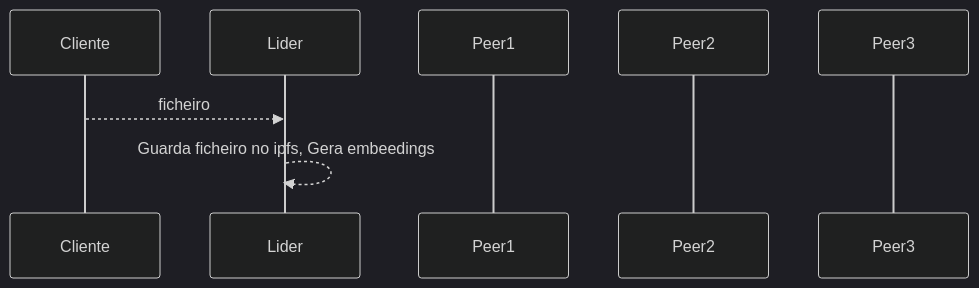
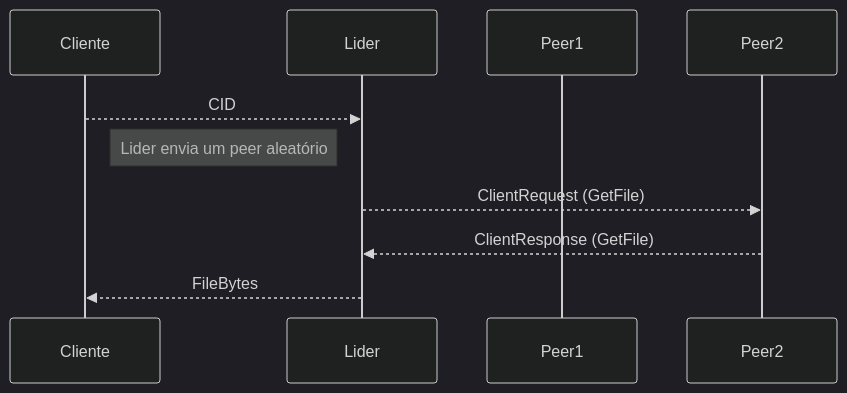
One commit to tiagoportugalipv/sdtprojeto changed the second of 3 diagrams in doc/report.md. Above: the diagram before and after it, drawn with Mermaid (dark theme). The commit also changed other lines of this file, not shown here.

````diff
--- a/doc/report.md
+++ b/doc/report.md
@@ -27,12 +46,12 @@
 ```mermaid
 sequenceDiagram
-    participant Cliente
-    participant Lider
-    participant Peer1
-    participant Peer2
-    participant Peer3
-
-    Cliente-->>Lider: ficheiro
-
-    Lider-->>Lider: Guarda ficheiro no ipfs, Gera embeedings
+ participant Cliente
+ participant Lider
+ participant Peer1
+ participant Peer2 
+Cliente-->>Lider: CID
+ Note left of Lider: Lider envia um peer aleatório
+Lider-->>Peer2: ClientRequest (GetFile)
+Peer2-->>Lider: ClientResponse (GetFile)
+Lider-->>Cliente: FileBytes
 ```
````
